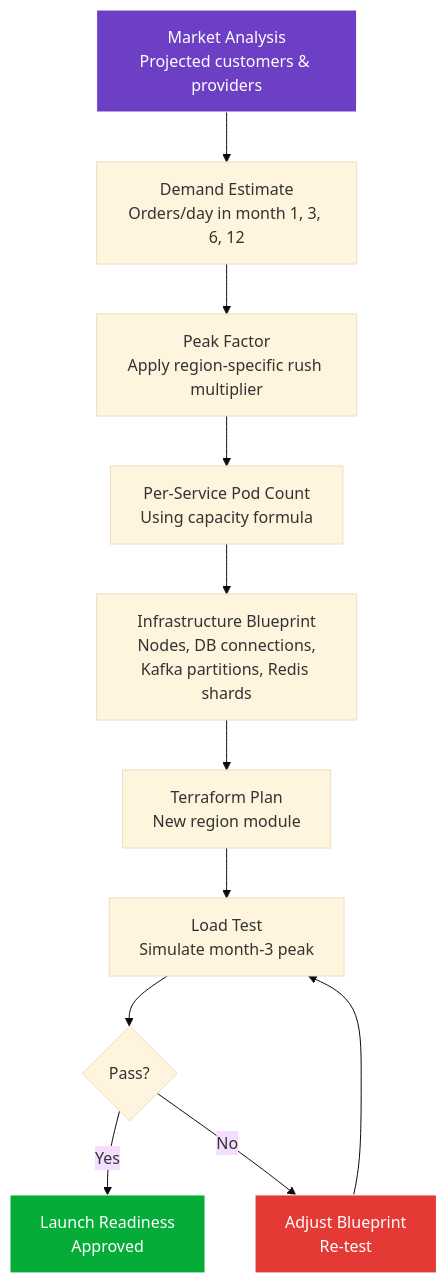
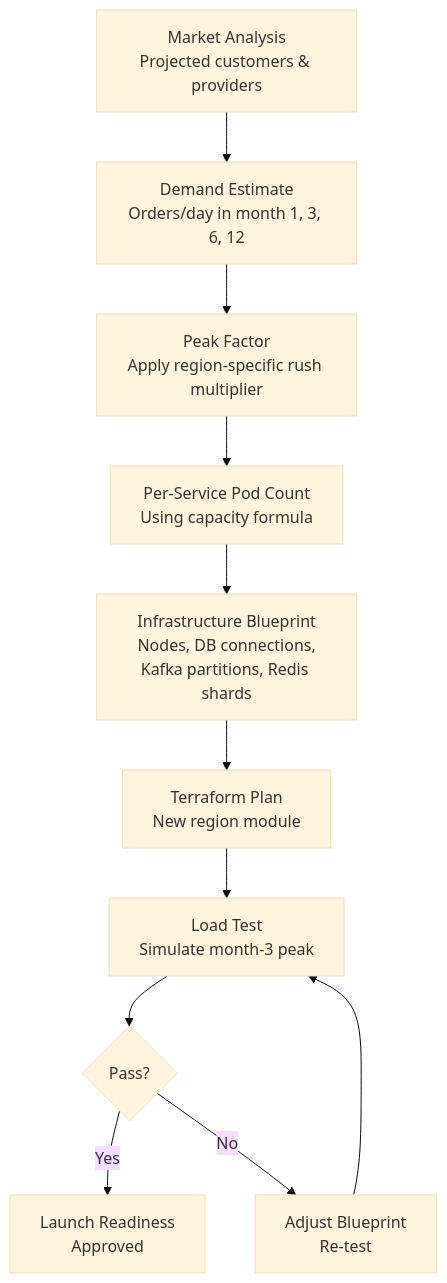
The fourth of 4 diagrams in 04-infrastructure-and-cloud/06-capacity-planning.md (rishikeshdhokare/platform-manifesto), drawn with Mermaid (base theme) before and after one commit. The commit also changed other lines of this file and 14 other files, not shown here.

First line of the commit message:
fix: remove mermaid style directives (119 lines across 15 files)

````diff
--- a/04-infrastructure-and-cloud/06-capacity-planning.md
+++ b/04-infrastructure-and-cloud/06-capacity-planning.md
@@ -354,17 +346,14 @@
 ```mermaid
 flowchart TD
     A[Market Analysis\nProjected customers & providers] --> B[Demand Estimate\nOrders/day in month 1, 3, 6, 12]
     B --> C[Peak Factor\nApply region-specific rush multiplier]
     C --> D[Per-Service Pod Count\nUsing capacity formula]
     D --> E[Infrastructure Blueprint\nNodes, DB connections,\nKafka partitions, Redis shards]
     E --> F[Terraform Plan\nNew region module]
     F --> G[Load Test\nSimulate month-3 peak]
     G --> H{Pass?}
     H -->|Yes| I[Launch Readiness\nApproved]
     H -->|No| J[Adjust Blueprint\nRe-test]
     J --> G
 
-    style A fill:#6C3FC5,stroke:#fff,color:#fff
-    style I fill:#06AC38,stroke:#fff,color:#fff
-    style J fill:#E53935,stroke:#fff,color:#fff
 ```
````
